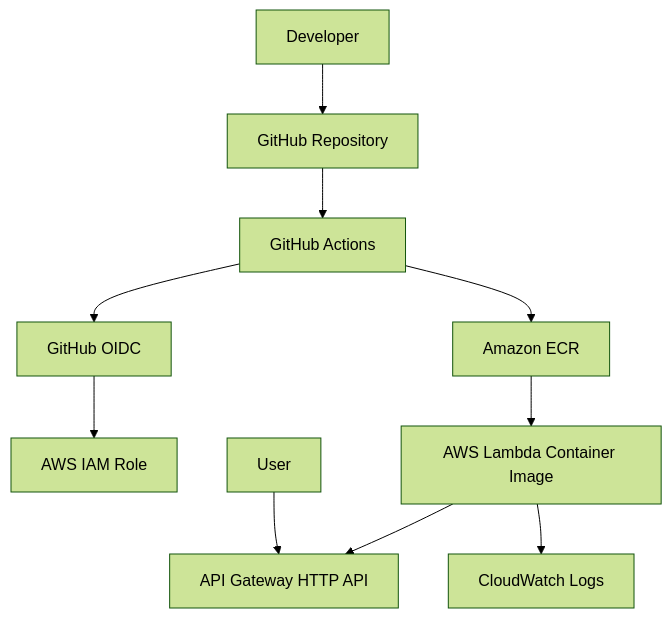
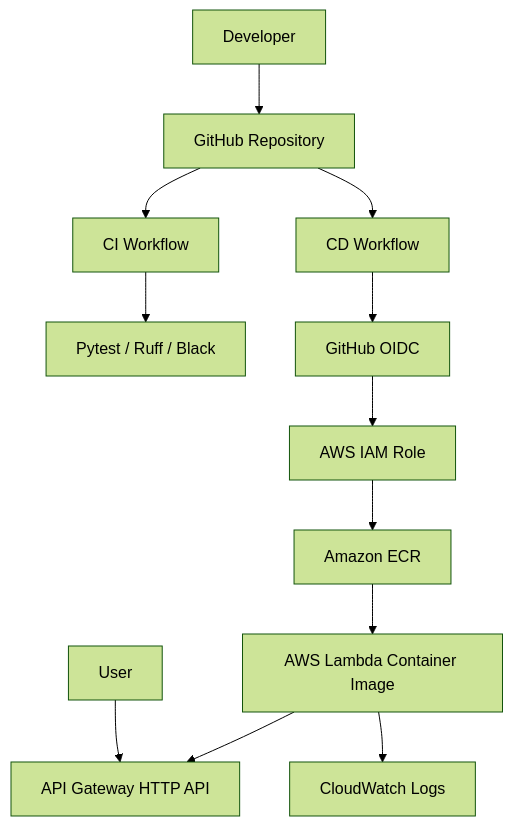
The diagram in README.md (rajskirajski/fuel-consumption-calculator), drawn with Mermaid (forest theme) before and after one commit. The commit also changed other lines of this file and 17 other files, not shown here.

````diff
--- a/README.md
+++ b/README.md
@@ -11,12 +29,14 @@
 ```mermaid
 flowchart TD
     Dev[Developer] --> GitHub[GitHub Repository]
-    GitHub --> Actions[GitHub Actions]
-    Actions --> OIDC[GitHub OIDC]
+    GitHub --> CI[CI Workflow]
+    CI --> Tests[Pytest / Ruff / Black]
+    GitHub --> CD[CD Workflow]
+    CD --> OIDC[GitHub OIDC]
     OIDC --> IAM[AWS IAM Role]
-    Actions --> ECR[Amazon ECR]
+    IAM --> ECR[Amazon ECR]
     ECR --> Lambda[AWS Lambda Container Image]
     Lambda --> APIGW[API Gateway HTTP API]
     Lambda --> Logs[CloudWatch Logs]
     User[User] --> APIGW
 ```
````
